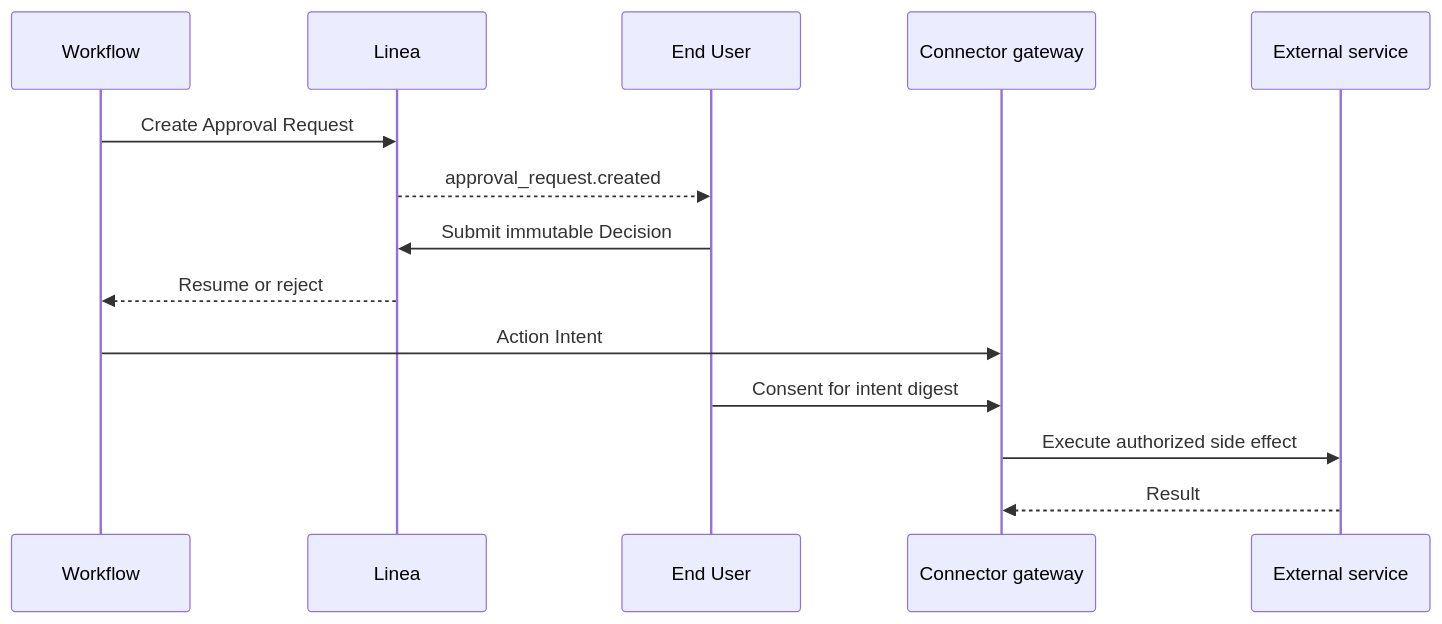
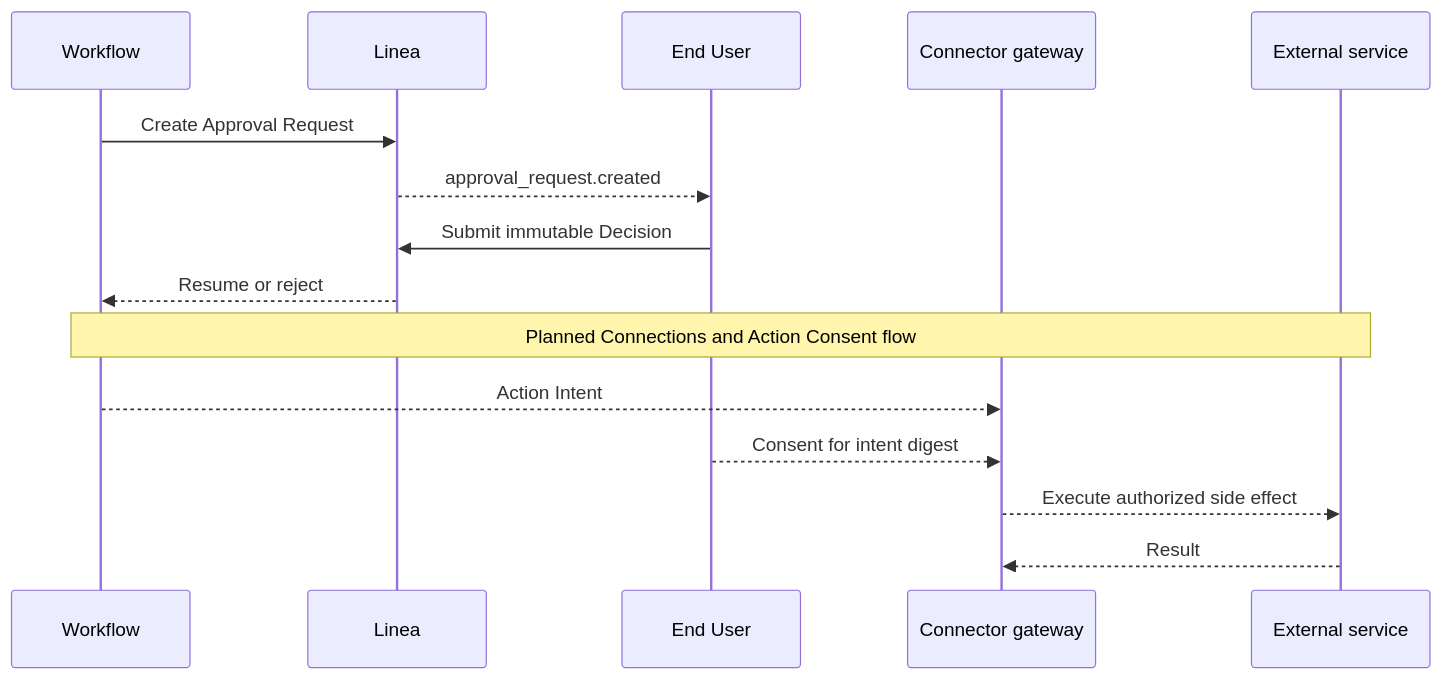
One commit to linea-org/linea changed the diagram in apps/docs/content/docs/security/approvals-and-actions.mdx. Above: the diagram before and after it, drawn with Mermaid. The commit also changed other lines of this file and 3 other files, not shown here.

````diff
--- a/apps/docs/content/docs/security/approvals-and-actions.mdx
+++ b/apps/docs/content/docs/security/approvals-and-actions.mdx
@@ -11,16 +11,17 @@
 ```mermaid
 sequenceDiagram
   participant Workflow
   participant Linea
   participant User as End User
   participant Gateway as Connector gateway
   participant External as External service
   Workflow->>Linea: Create Approval Request
   Linea-->>User: approval_request.created
   User->>Linea: Submit immutable Decision
   Linea-->>Workflow: Resume or reject
-  Workflow->>Gateway: Action Intent
-  User->>Gateway: Consent for intent digest
-  Gateway->>External: Execute authorized side effect
+  Note over Workflow,External: Planned Connections and Action Consent flow
+  Workflow-->>Gateway: Action Intent
+  User-->>Gateway: Consent for intent digest
+  Gateway-->>External: Execute authorized side effect
   External-->>Gateway: Result
 ```
````
